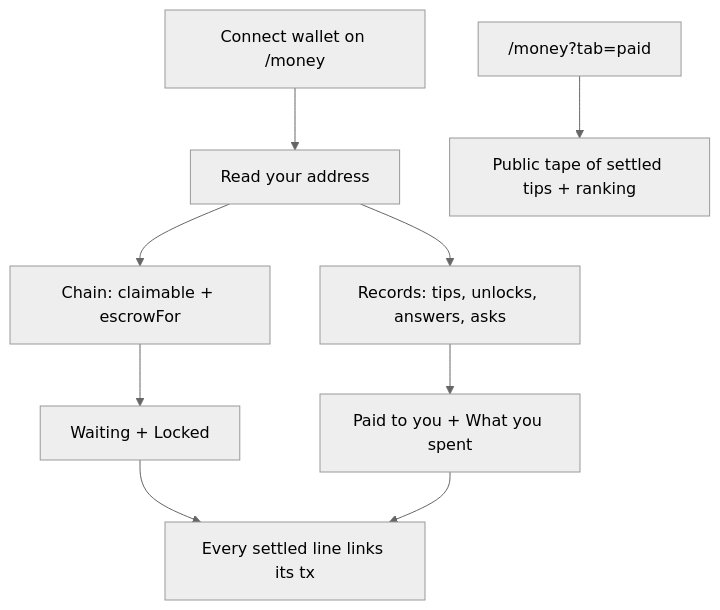
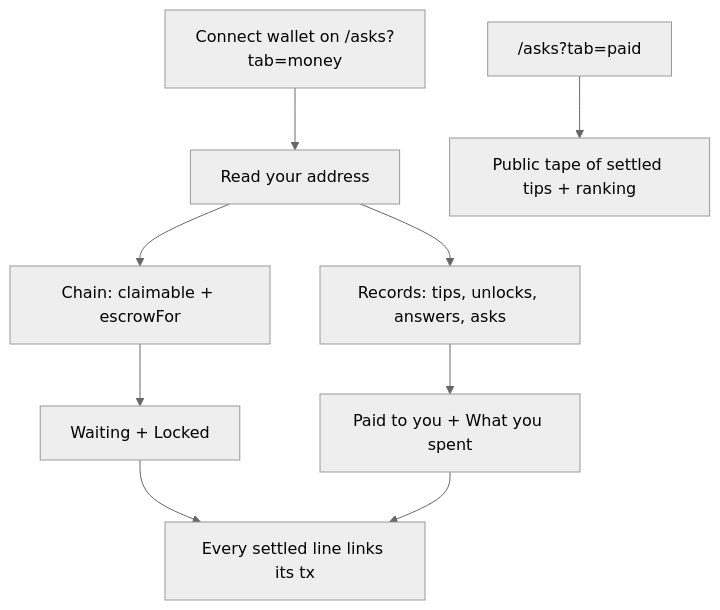
Before and after one commit to Story91/mysphere: the diagram in app/Docs/_content/money.md, drawn with Mermaid (neutral theme). The commit also changed other lines of this file and 17 other files, not shown here.

First line of the commit message:
refactor(nav): Money i Re-Definition znikaja z belki jako zakladki /asks i /how

````diff
--- a/app/Docs/_content/money.md
+++ b/app/Docs/_content/money.md
@@ -30,11 +30,11 @@
 ```mermaid
 flowchart TD
-    A["Connect wallet on /money"] --> B["Read your address"]
+    A["Connect wallet on /asks?tab=money"] --> B["Read your address"]
     B --> C["Chain: claimable + escrowFor"]
     B --> D["Records: tips, unlocks, answers, asks"]
     C --> E["Waiting + Locked"]
     D --> F["Paid to you + What you spent"]
     E --> G["Every settled line links its tx"]
     F --> G
-    H["/money?tab=paid"] --> I["Public tape of settled tips + ranking"]
+    H["/asks?tab=paid"] --> I["Public tape of settled tips + ranking"]
 ```
````
